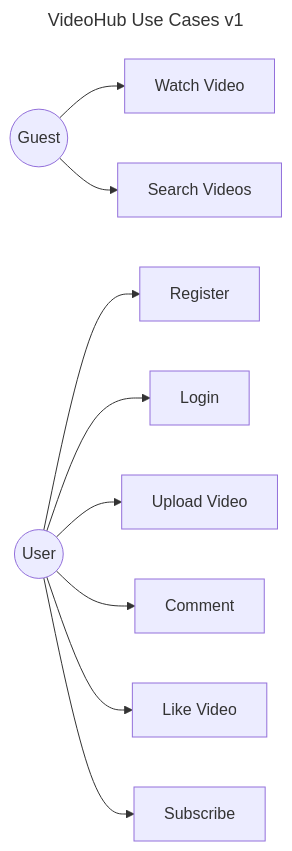
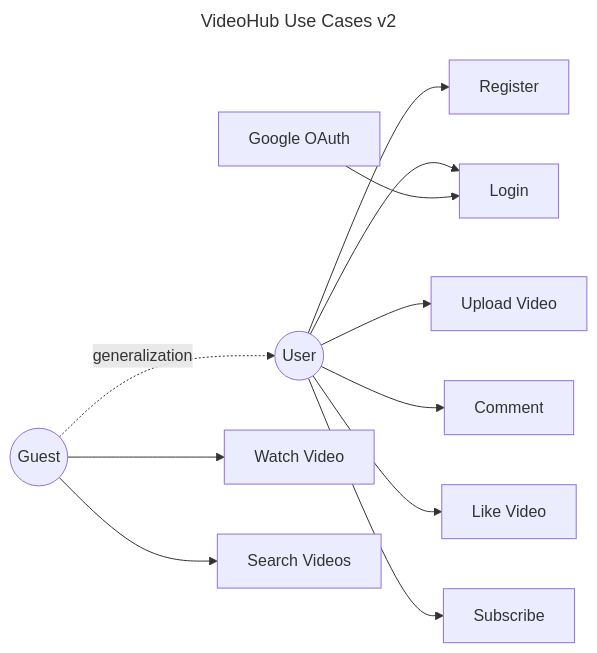
The diagram in Labs/lab2-usecases/model/usecase.mmd (ezpectus/kpi2__Mavpz-Labs), drawn with Mermaid before and after one commit.

Commit message:
lab2: fix - add google oauth actor + generalization

```diff
--- a/Labs/lab2-usecases/model/usecase.mmd
+++ b/Labs/lab2-usecases/model/usecase.mmd
@@ -1,24 +1,28 @@
 ---
-title: VideoHub Use Cases v1
+title: VideoHub Use Cases v2
 ---
 graph LR
     Guest((Guest))
     User((User))
+    Google[Google OAuth]
+
+    Guest -.->|generalization| User
 
     UC1[Register]
     UC2[Login]
     UC3[Upload Video]
     UC4[Watch Video]
     UC5[Comment]
     UC6[Like Video]
     UC7[Subscribe]
     UC8[Search Videos]
 
     Guest --> UC4
     Guest --> UC8
     User --> UC1
     User --> UC2
     User --> UC3
     User --> UC5
     User --> UC6
     User --> UC7
+    Google --> UC2
```
